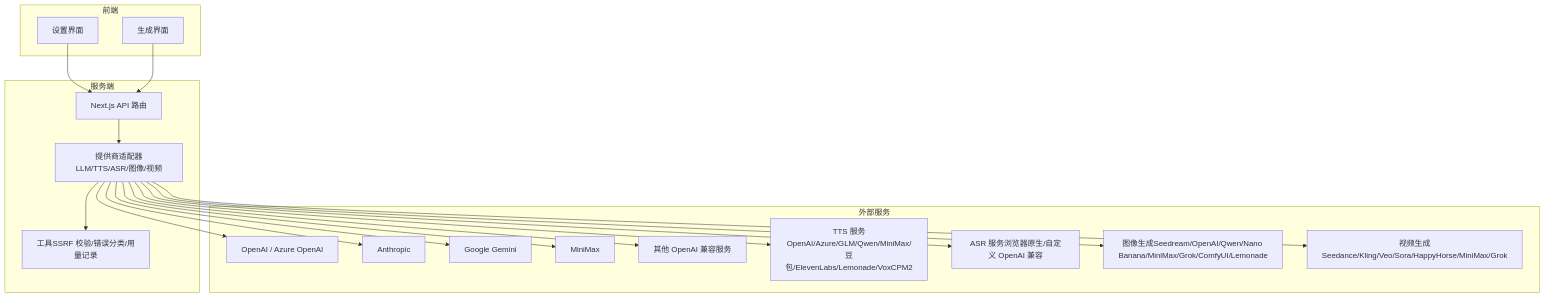
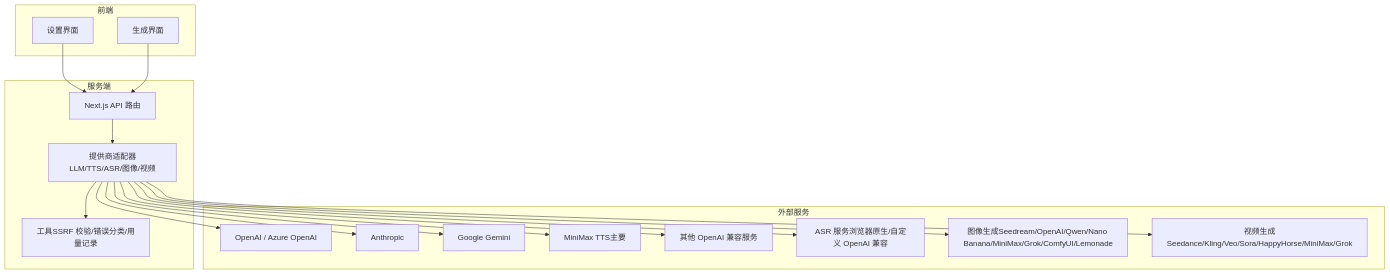
One commit to huangboheng/OpenMAIC changed the fourth of 10 diagrams in .qoder/repowiki/zh/content/外部服务集成/外部服务集成.md. Above: the diagram before and after it, drawn with Mermaid. The commit also changed other lines of this file and 9 other files, not shown here.

````diff
--- a/.qoder/repowiki/zh/content/外部服务集成/外部服务集成.md
+++ b/.qoder/repowiki/zh/content/外部服务集成/外部服务集成.md
@@ -209,36 +227,34 @@
 ```mermaid
 graph TB
 subgraph "前端"
 Settings["设置界面"]
 Generation["生成界面"]
 end
 subgraph "服务端"
 Routes["Next.js API 路由"]
 Providers["提供商适配器LLM/TTS/ASR/图像/视频"]
 Utils["工具SSRF 校验/错误分类/用量记录"]
 end
 subgraph "外部服务"
 OpenAI["OpenAI / Azure OpenAI"]
 Anthropic["Anthropic"]
 Google["Google Gemini"]
-MiniMax["MiniMax"]
+MiniMax["MiniMax TTS主要"]
 Others["其他 OpenAI 兼容服务"]
-TTS["TTS 服务OpenAI/Azure/GLM/Qwen/MiniMax/豆包/ElevenLabs/Lemonade/VoxCPM2"]
 ASR["ASR 服务浏览器原生/自定义 OpenAI 兼容"]
 Image["图像生成Seedream/OpenAI/Qwen/Nano Banana/MiniMax/Grok/ComfyUI/Lemonade"]
 Video["视频生成Seedance/Kling/Veo/Sora/HappyHorse/MiniMax/Grok"]
 end
 Settings --> Routes
 Generation --> Routes
 Routes --> Providers
 Providers --> Utils
 Providers --> OpenAI
 Providers --> Anthropic
 Providers --> Google
 Providers --> MiniMax
 Providers --> Others
-Providers --> TTS
 Providers --> ASR
 Providers --> Image
 Providers --> Video
 ```
````
